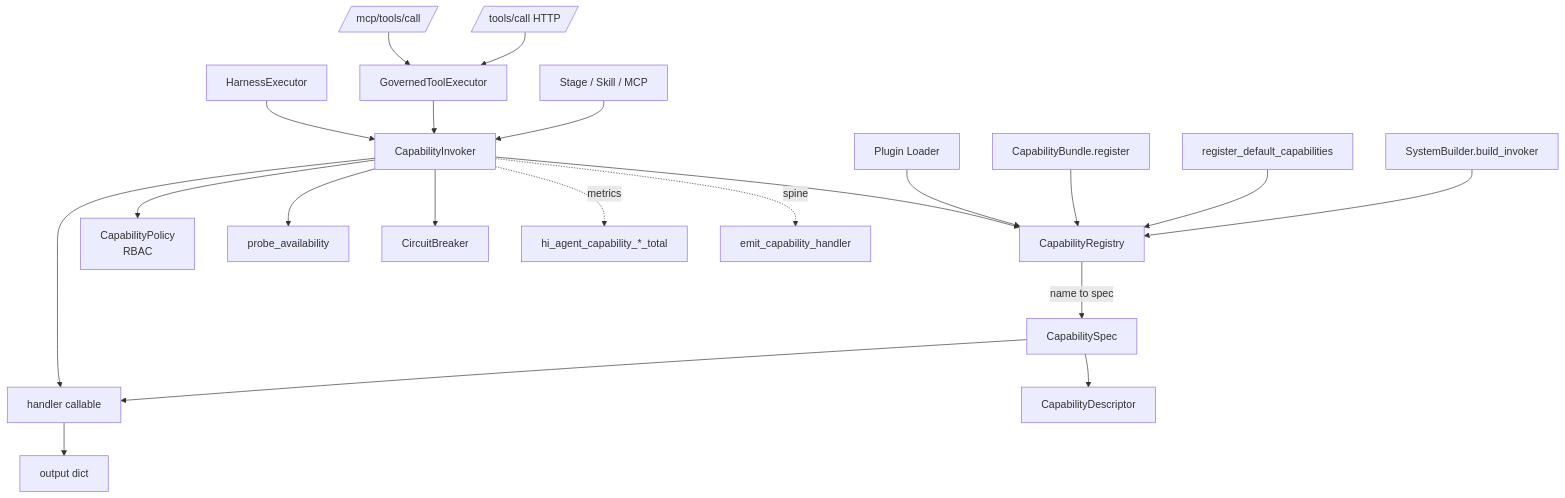
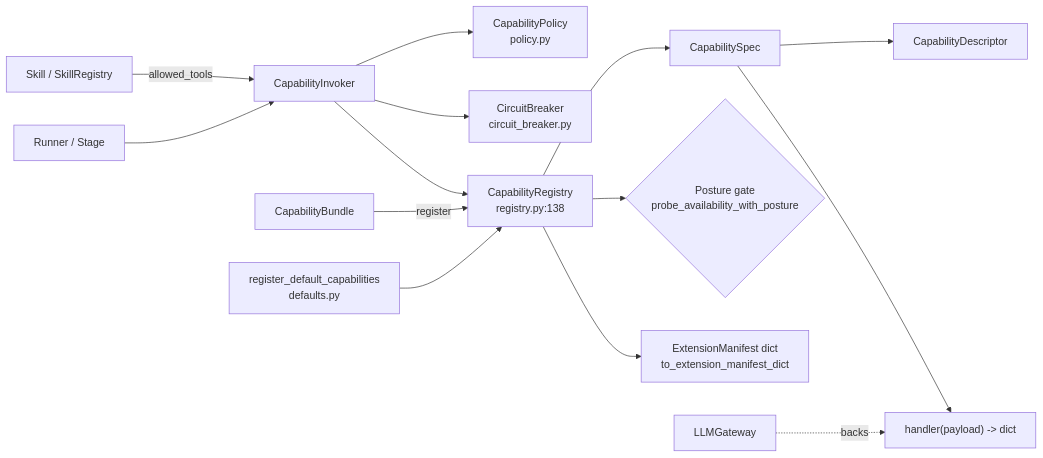
One commit to chaosxingxc-orion/hi-agent changed the first of 4 diagrams in hi_agent/capability/ARCHITECTURE.md. Above: the diagram before and after it, drawn with Mermaid. The commit also changed other lines of this file and 25 other files, not shown here.

First line of the commit message:
[W35-corrective] Refresh ARCHITECTURE.md hierarchy + add missing READMEs

````diff
--- a/hi_agent/capability/ARCHITECTURE.md
+++ b/hi_agent/capability/ARCHITECTURE.md
@@ -58,27 +33,16 @@
 ```mermaid
-graph TD
-    Boot[SystemBuilder.build_invoker] --> Reg[CapabilityRegistry]
-    Defaults[register_default_capabilities] --> Reg
-    Bundles[CapabilityBundle.register] --> Reg
-    Plugins[Plugin Loader] --> Reg
-
-    Reg -->|name to spec| Specs[CapabilitySpec]
-    Specs --> Handler[handler callable]
-    Specs --> Desc[CapabilityDescriptor]
-
-    Stage[Stage / Skill / MCP] --> Inv[CapabilityInvoker]
-    Inv --> Policy[CapabilityPolicy<br/>RBAC]
-    Inv --> Probe[probe_availability]
-    Inv --> CB[CircuitBreaker]
-    Inv --> Reg
-    Inv --> Handler
-    Handler --> Result[output dict]
-
-    GovExec[GovernedToolExecutor] --> Inv
-    HarnessExec[HarnessExecutor] --> Inv
-    Routes[/tools/call HTTP/] --> GovExec
-    MCP[/mcp/tools/call/] --> GovExec
-
-    Inv -.metrics.-> Counter[hi_agent_capability_*_total]
-    Inv -.spine.-> Spine[emit_capability_handler]
+flowchart LR
+    SK[Skill / SkillRegistry] -->|allowed_tools| INV[CapabilityInvoker]
+    RUN[Runner / Stage] --> INV
+    INV --> POL[CapabilityPolicy<br/>policy.py]
+    INV --> CB[CircuitBreaker<br/>circuit_breaker.py]
+    INV --> REG[CapabilityRegistry<br/>registry.py:138]
+    REG --> SPEC[CapabilitySpec]
+    SPEC --> DESC[CapabilityDescriptor]
+    SPEC --> H["handler(payload) -> dict"]
+    REG --> POSTURE{Posture gate<br/>probe_availability_with_posture}
+    REG --> EXT[ExtensionManifest dict<br/>to_extension_manifest_dict]
+    BUN[CapabilityBundle] -->|register| REG
+    DEF[register_default_capabilities<br/>defaults.py] --> REG
+    LLM[LLMGateway] -.backs.-> H
 ```
````
